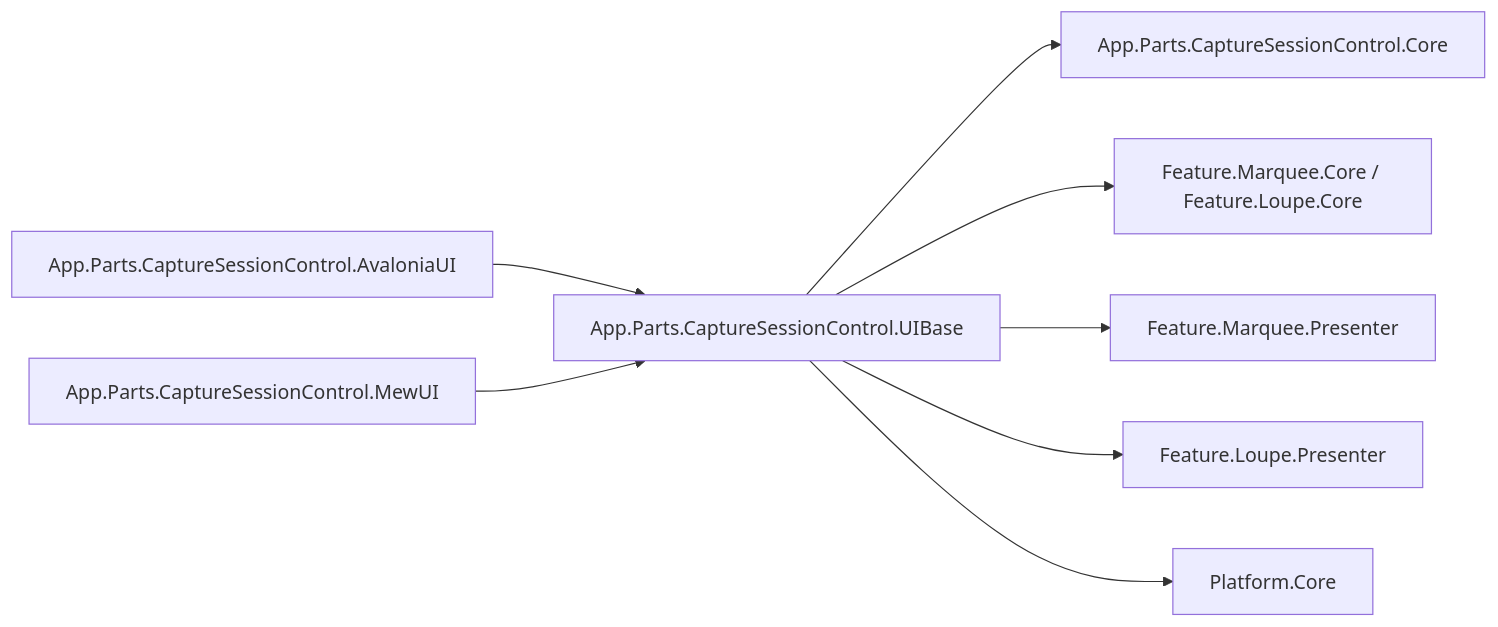
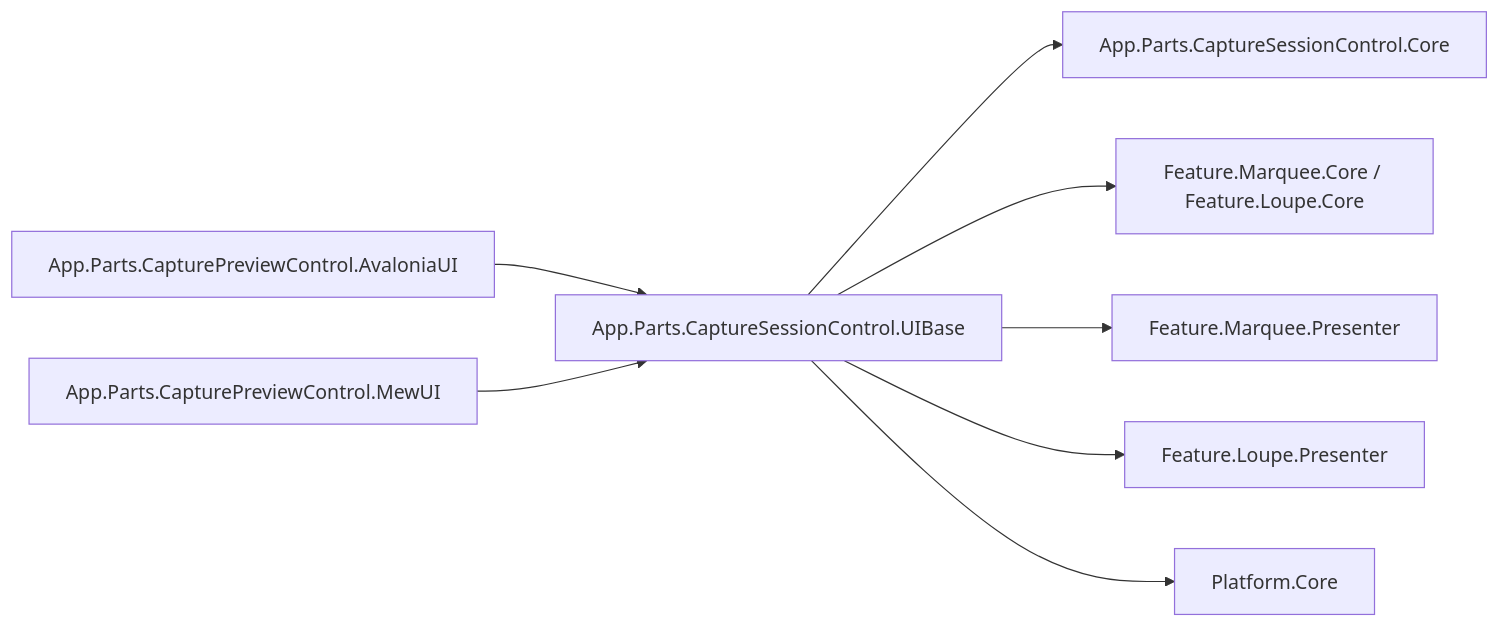
One commit to tomokuni/SaveEvidence changed the first of 3 diagrams in src/App.Parts.CaptureSessionControl.UIBase/SPEC_System.md. Above: the diagram before and after it, drawn with Mermaid. The commit also changed other lines of this file and 203 other files, not shown here.

````diff
--- a/src/App.Parts.CaptureSessionControl.UIBase/SPEC_System.md
+++ b/src/App.Parts.CaptureSessionControl.UIBase/SPEC_System.md
@@ -29,10 +29,10 @@
 ```mermaid
 graph LR
-  A[App.Parts.CaptureSessionControl.AvaloniaUI] --> U[App.Parts.CaptureSessionControl.UIBase]
-  B[App.Parts.CaptureSessionControl.MewUI] --> U
+  A[App.Parts.CapturePreviewControl.AvaloniaUI] --> U[App.Parts.CaptureSessionControl.UIBase]
+  B[App.Parts.CapturePreviewControl.MewUI] --> U
   U --> C[App.Parts.CaptureSessionControl.Core]
   U --> MC[Feature.Marquee.Core / Feature.Loupe.Core]
   U --> M[Feature.Marquee.Presenter]
   U --> L[Feature.Loupe.Presenter]
   U --> P[Platform.Core]
 ```
````
